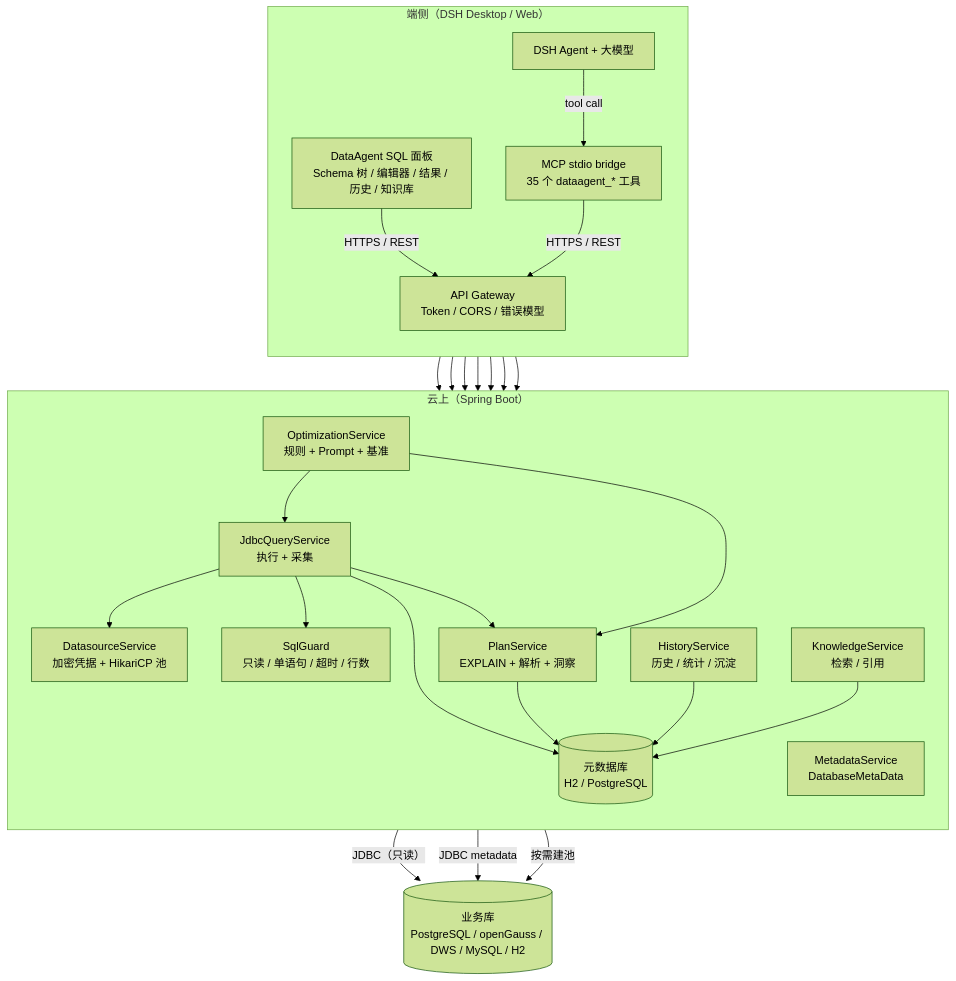
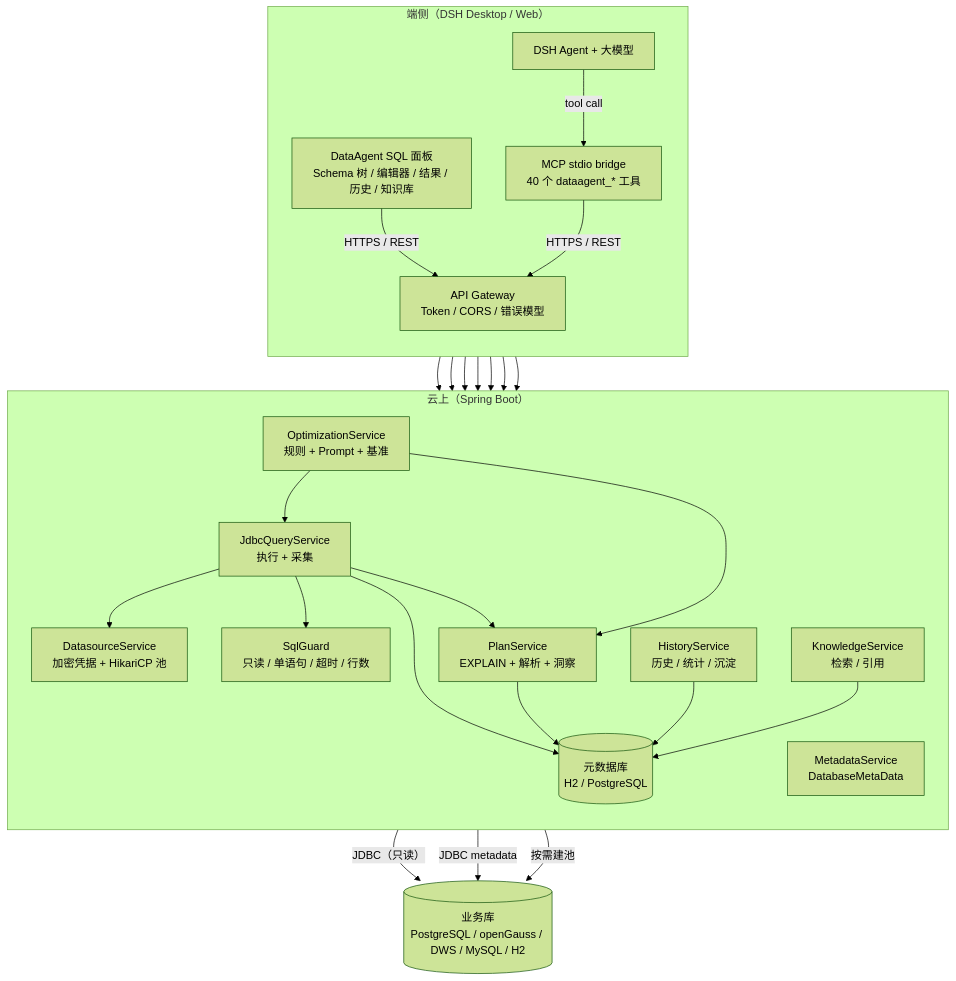
Before and after one commit to whllowp/DataAgent: the first of 6 diagrams in docs/ARCHITECTURE.md, drawn with Mermaid (forest theme). The commit also changed other lines of this file and 27 other files, not shown here.

````diff
--- a/docs/ARCHITECTURE.md
+++ b/docs/ARCHITECTURE.md
@@ -25,47 +25,47 @@
 ```mermaid
 flowchart TB
   subgraph Edge["端侧（DSH Desktop / Web）"]
     direction TB
     Panel["DataAgent SQL 面板<br/>Schema 树 / 编辑器 / 结果 / 历史 / 知识库"]
     DSH["DSH Agent + 大模型"]
-    MCP["MCP stdio bridge<br/>35 个 dataagent_* 工具"]
+    MCP["MCP stdio bridge<br/>40 个 dataagent_* 工具"]
     Panel -->|"HTTPS / REST"| Gateway
     DSH -->|"tool call"| MCP
     MCP -->|"HTTPS / REST"| Gateway
   end
 
   subgraph Cloud["云上（Spring Boot）"]
     direction TB
     Gateway["API Gateway<br/>Token / CORS / 错误模型"]
     DS["DatasourceService<br/>加密凭据 + HikariCP 池"]
     Meta["MetadataService<br/>DatabaseMetaData"]
     Guard["SqlGuard<br/>只读 / 单语句 / 超时 / 行数"]
     Exec["JdbcQueryService<br/>执行 + 采集"]
     Plan["PlanService<br/>EXPLAIN + 解析 + 洞察"]
     Hist["HistoryService<br/>历史 / 统计 / 沉淀"]
     KB["KnowledgeService<br/>检索 / 引用"]
     Opt["OptimizationService<br/>规则 + Prompt + 基准"]
     Store[("元数据库<br/>H2 / PostgreSQL")]
     Gateway --> DS
     Gateway --> Meta
     Gateway --> Guard
     Gateway --> Exec
     Gateway --> Hist
     Gateway --> KB
     Gateway --> Opt
     Exec --> Guard
     Exec --> DS
     Exec --> Plan
     Exec --> Store
     Plan --> Store
     Hist --> Store
     KB --> Store
     Opt --> Exec
     Opt --> Plan
   end
 
   DB[("业务库<br/>PostgreSQL / openGauss / DWS / MySQL / H2")]
   Exec -->|"JDBC（只读）"| DB
   Meta -->|"JDBC metadata"| DB
   DS -->|"按需建池"| DB
 ```
````
